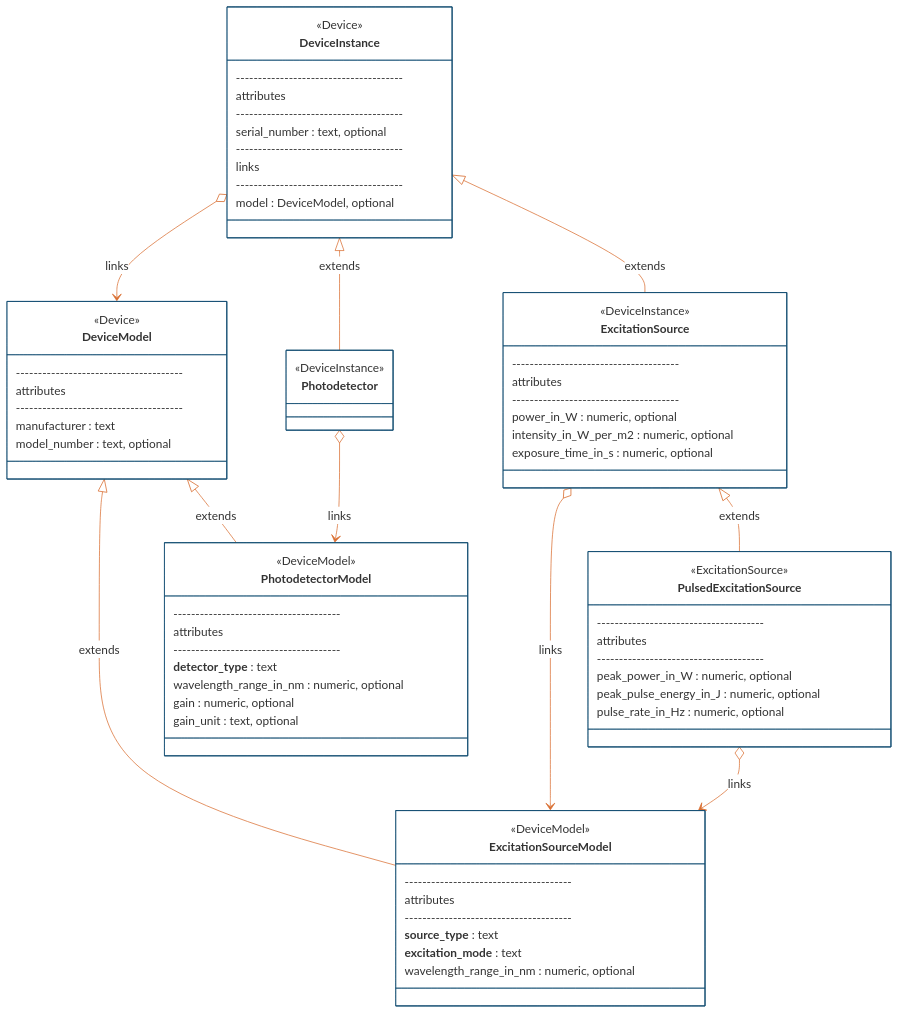
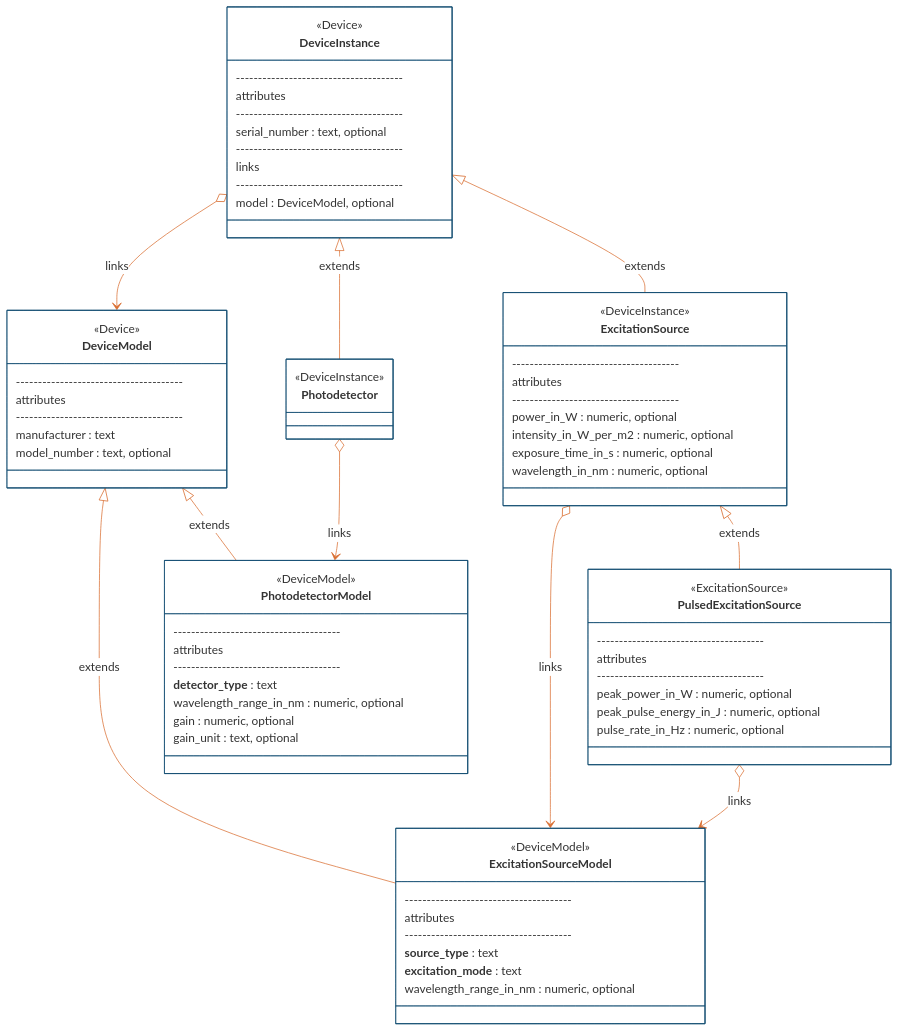
One commit to catalystneuro/ndx-ophys-devices changed the second of 4 diagrams in README.md. Above: the diagram before and after it, drawn with Mermaid. The commit also changed 1 other file, not shown here.

Commit message:
updated readme and changelog

```diff
--- a/README.md
+++ b/README.md
@@ -362,6 +362,7 @@
         power_in_W : numeric, optional
         intensity_in_W_per_m2 : numeric, optional
         exposure_time_in_s : numeric, optional
+        wavelength_in_nm : numeric, optional
     }
     
     class PulsedExcitationSource{
```
